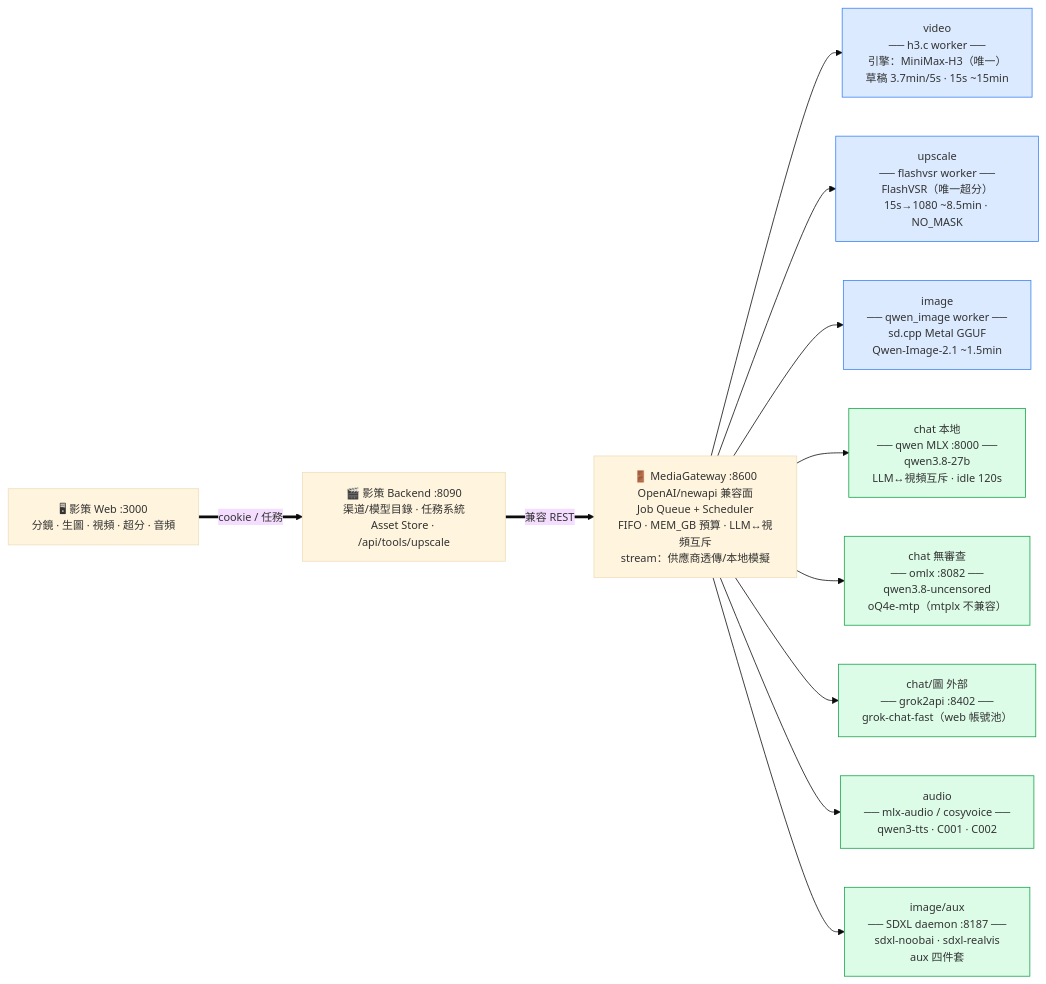
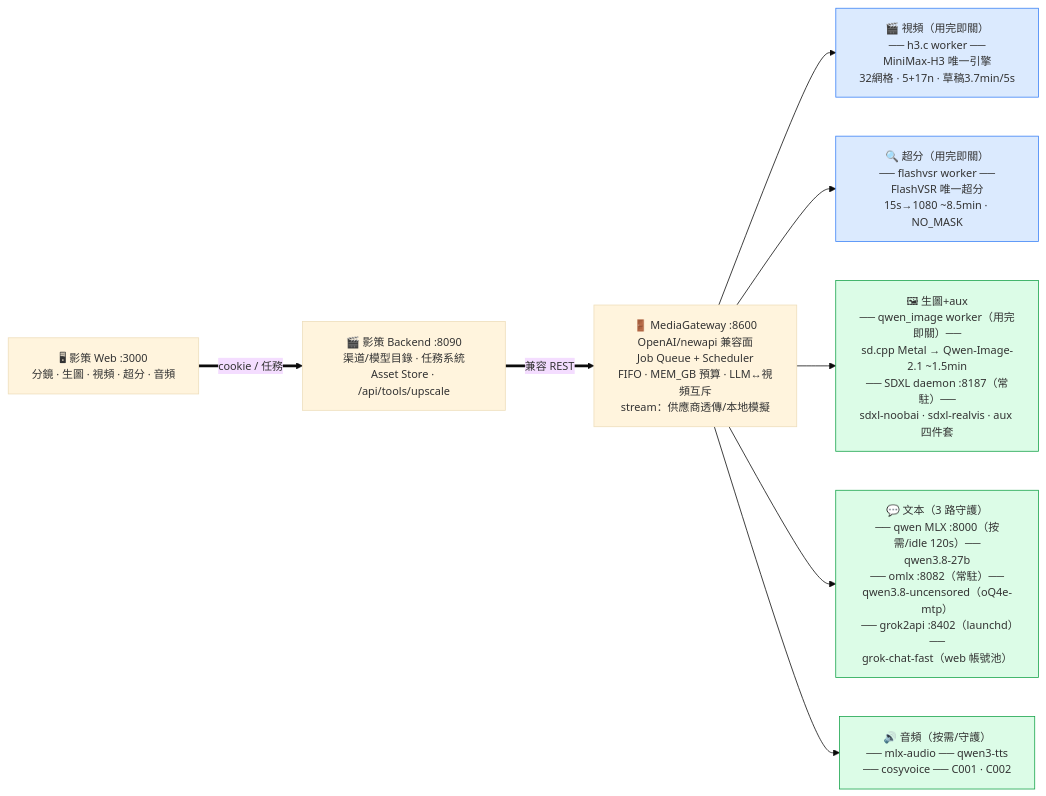
One commit to ouyexiaogongzhu/MediaGateway changed the diagram in docs/architecture.md. Above: the diagram before and after it, drawn with Mermaid. The commit also changed other lines of this file and 1 other file, not shown here.

Commit message:
docs: 架構圖按能力域合併（視頻/超分/生圖+aux/文本3路/音頻）

````diff
--- a/docs/architecture.md
+++ b/docs/architecture.md
@@ -6,24 +6,21 @@
 ```mermaid
 %%{init:{"theme":"base","themeVariables":{"fontSize":"14px"}}}%%
 flowchart LR
     UI["🖥 影策 Web :3000<br/>分鏡 · 生圖 · 視頻 · 超分 · 音頻"]
     Y["🎬 影策 Backend :8090<br/>渠道/模型目錄 · 任務系統<br/>Asset Store · /api/tools/upscale"]
     GW["🚪 MediaGateway :8600<br/>OpenAI/newapi 兼容面<br/>Job Queue + Scheduler<br/>FIFO · MEM_GB 預算 · LLM↔視頻互斥<br/>stream：供應商透傳/本地模擬"]
 
-    V["video<br/>── h3.c worker ──<br/>引擎：MiniMax-H3（唯一）<br/>草稿 3.7min/5s · 15s ~15min"]
-    U["upscale<br/>── flashvsr worker ──<br/>FlashVSR（唯一超分）<br/>15s→1080 ~8.5min · NO_MASK"]
-    I["image<br/>── qwen_image worker ──<br/>sd.cpp Metal GGUF<br/>Qwen-Image-2.1 ~1.5min"]
-    C["chat 本地<br/>── qwen MLX :8000 ──<br/>qwen3.8-27b<br/>LLM↔視頻互斥 · idle 120s"]
-    CU["chat 無審查<br/>── omlx :8082 ──<br/>qwen3.8-uncensored<br/>oQ4e-mtp（mtplx 不兼容）"]
-    GK["chat/圖 外部<br/>── grok2api :8402 ──<br/>grok-chat-fast（web 帳號池）"]
-    A["audio<br/>── mlx-audio / cosyvoice ──<br/>qwen3-tts · C001 · C002"]
-    X["image/aux<br/>── SDXL daemon :8187 ──<br/>sdxl-noobai · sdxl-realvis<br/>aux 四件套"]
+    VIDEO["🎬 視頻（用完即關）<br/>── h3.c worker ──<br/>MiniMax-H3 唯一引擎<br/>32網格 · 5+17n · 草稿3.7min/5s"]
+    UP["🔍 超分（用完即關）<br/>── flashvsr worker ──<br/>FlashVSR 唯一超分<br/>15s→1080 ~8.5min · NO_MASK"]
+    IMG["🖼 生圖+aux<br/>── qwen_image worker（用完即關）──<br/>sd.cpp Metal → Qwen-Image-2.1 ~1.5min<br/>── SDXL daemon :8187（常駐）──<br/>sdxl-noobai · sdxl-realvis · aux 四件套"]
+    TXT["💬 文本（3 路守護）<br/>── qwen MLX :8000（按需/idle 120s）──<br/>qwen3.8-27b<br/>── omlx :8082（常駐）──<br/>qwen3.8-uncensored（oQ4e-mtp）<br/>── grok2api :8402（launchd）──<br/>grok-chat-fast（web 帳號池）"]
+    AUD["🔊 音頻（按需/守護）<br/>── mlx-audio ── qwen3-tts<br/>── cosyvoice ── C001 · C002"]
 
     classDef once fill:#dbeafe,stroke:#3b82f6
     classDef daemon fill:#dcfce7,stroke:#16a34a
-    class V,U,I once
-    class C,CU,GK,A,X daemon
+    class VIDEO,UP once
+    class IMG,TXT,AUD daemon
 
     UI ==>|"cookie / 任務"| Y ==>|"兼容 REST"| GW
-    GW --> V & U & I & C & CU & GK & A & X
+    GW --> VIDEO & UP & IMG & TXT & AUD
 ```
````
